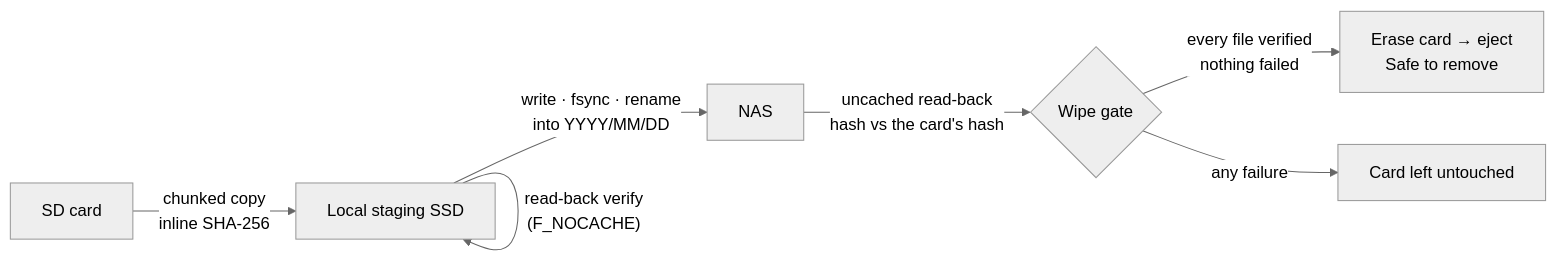
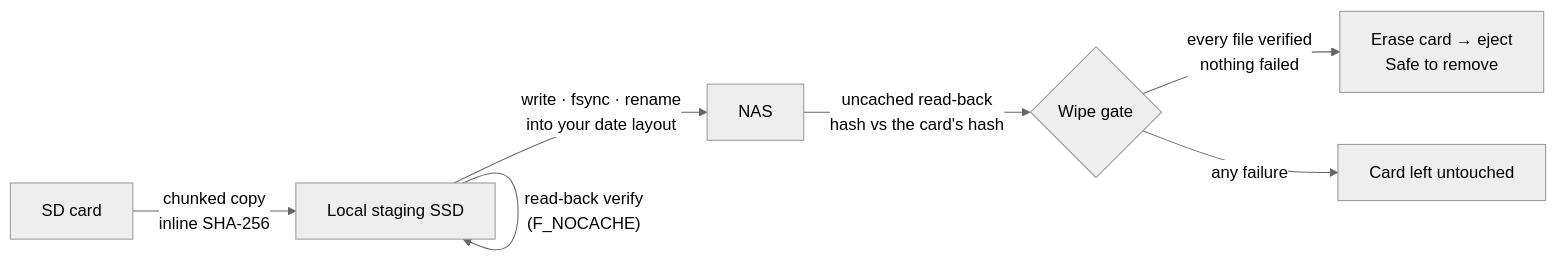
The diagram in README.md (t0nyz0/SD-Offload), drawn with Mermaid (neutral theme) before and after one commit. The commit also changed other lines of this file and 25 other files, not shown here.

````diff
--- a/README.md
+++ b/README.md
@@ -46,9 +46,9 @@
 ```mermaid
 flowchart LR
     SD["SD card"] -->|"chunked copy<br/>inline SHA-256"| STG["Local staging SSD"]
     STG -->|"read-back verify<br/>(F_NOCACHE)"| STG
-    STG -->|"write · fsync · rename<br/>into YYYY/MM/DD"| NAS["NAS"]
+    STG -->|"write · fsync · rename<br/>into your date layout"| NAS["NAS"]
     NAS -->|"uncached read-back<br/>hash vs the card's hash"| GATE{"Wipe gate"}
     GATE -->|"every file verified<br/>nothing failed"| WIPE["Erase card → eject<br/>Safe to remove"]
     GATE -->|"any failure"| KEEP["Card left untouched"]
 ```
````
